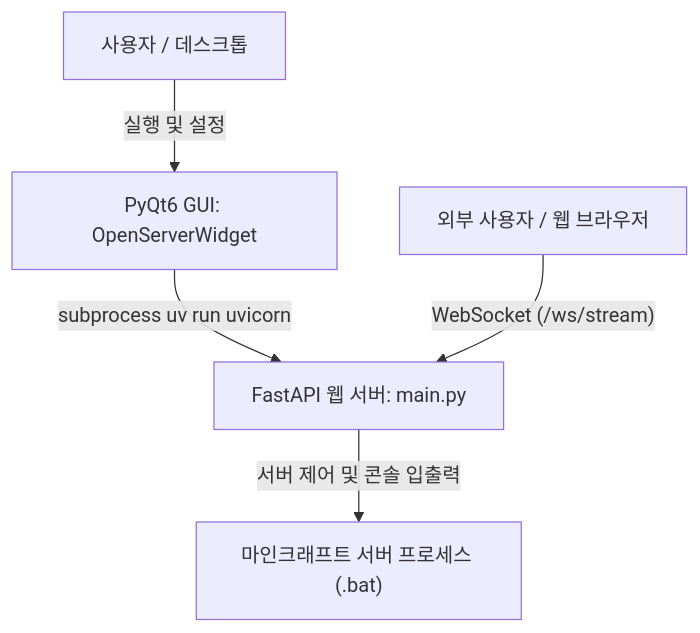
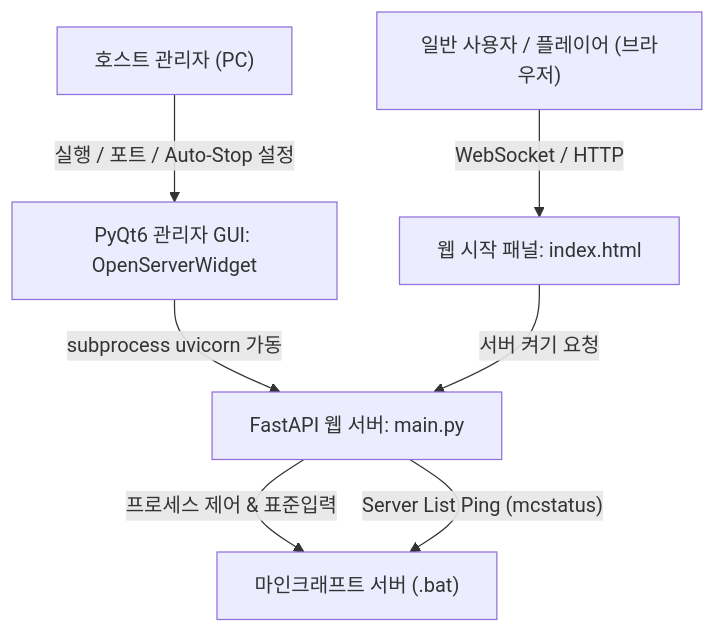
The diagram in README.md (ehrl1225/web_server_for_minecraft_server), drawn with Mermaid before and after one commit. The commit also changed other lines of this file and 9 other files, not shown here.

````diff
--- a/README.md
+++ b/README.md
@@ -11,9 +9,11 @@
 ```mermaid
 flowchart TD
-    UserGUI["사용자 / 데스크톱"] -->|"실행 및 설정"| PyQt["PyQt6 GUI: OpenServerWidget"]
-    PyQt -->|"subprocess uv run uvicorn"| FastAPI["FastAPI 웹 서버: main.py"]
+    Host["호스트 관리자 (PC)"] -->|"실행 / 포트 / Auto-Stop 설정"| PyQt["PyQt6 관리자 GUI: OpenServerWidget"]
+    PyQt -->|"subprocess uvicorn 가동"| FastAPI["FastAPI 웹 서버: main.py"]
     
-    WebClient["외부 사용자 / 웹 브라우저"] -->|"WebSocket (/ws/stream)"| FastAPI
+    FastAPI -->|"프로세스 제어 & 표준입력"| MC["마인크래프트 서버 (.bat)"]
+    FastAPI -->|"Server List Ping (mcstatus)"| MC
     
-    FastAPI -->|"서버 제어 및 콘솔 입출력"| MC["마인크래프트 서버 프로세스 (.bat)"]
+    Player["일반 사용자 / 플레이어 (브라우저)"] -->|"WebSocket / HTTP"| WebPanel["웹 시작 패널: index.html"]
+    WebPanel -->|"서버 켜기 요청"| FastAPI
 ```
````
